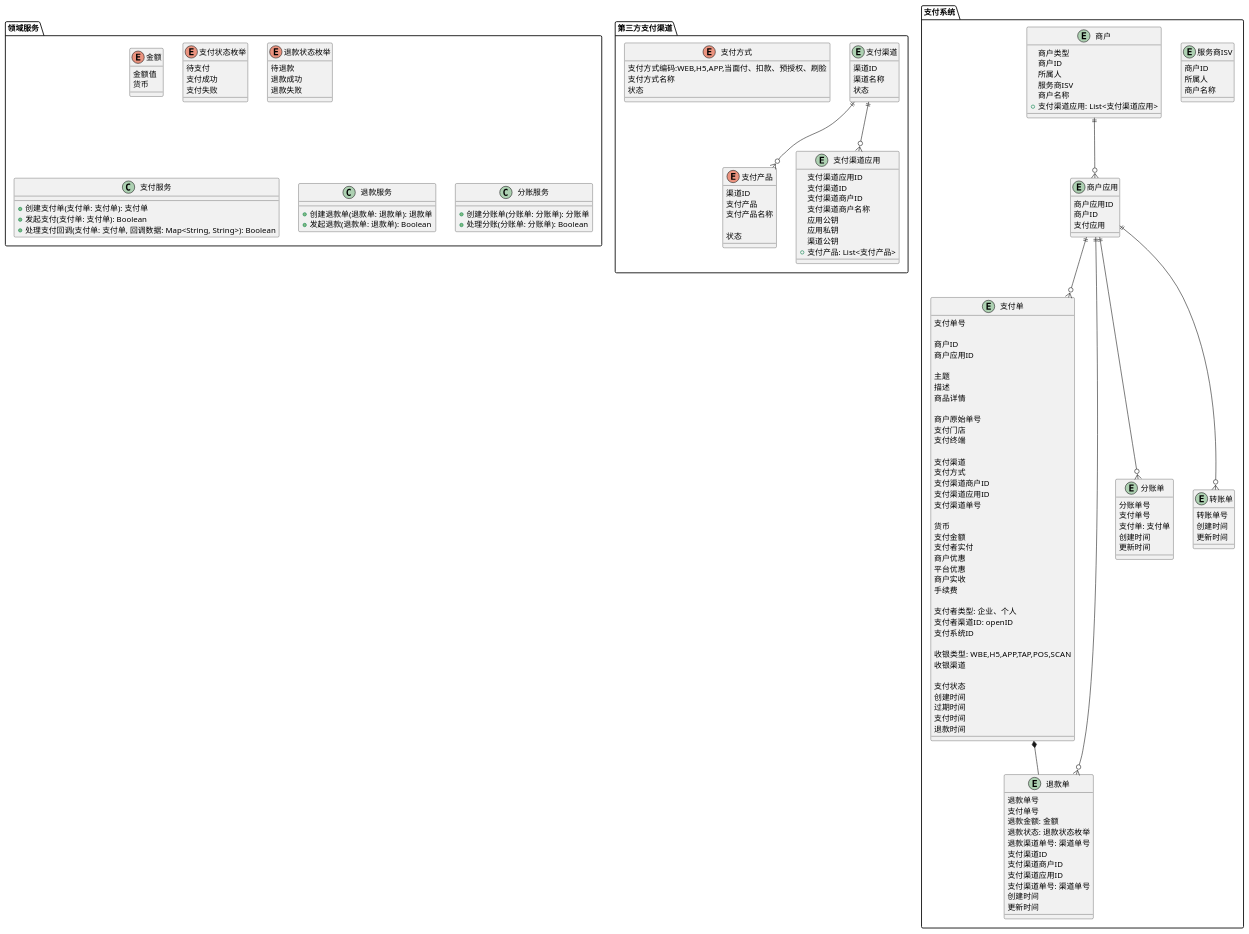
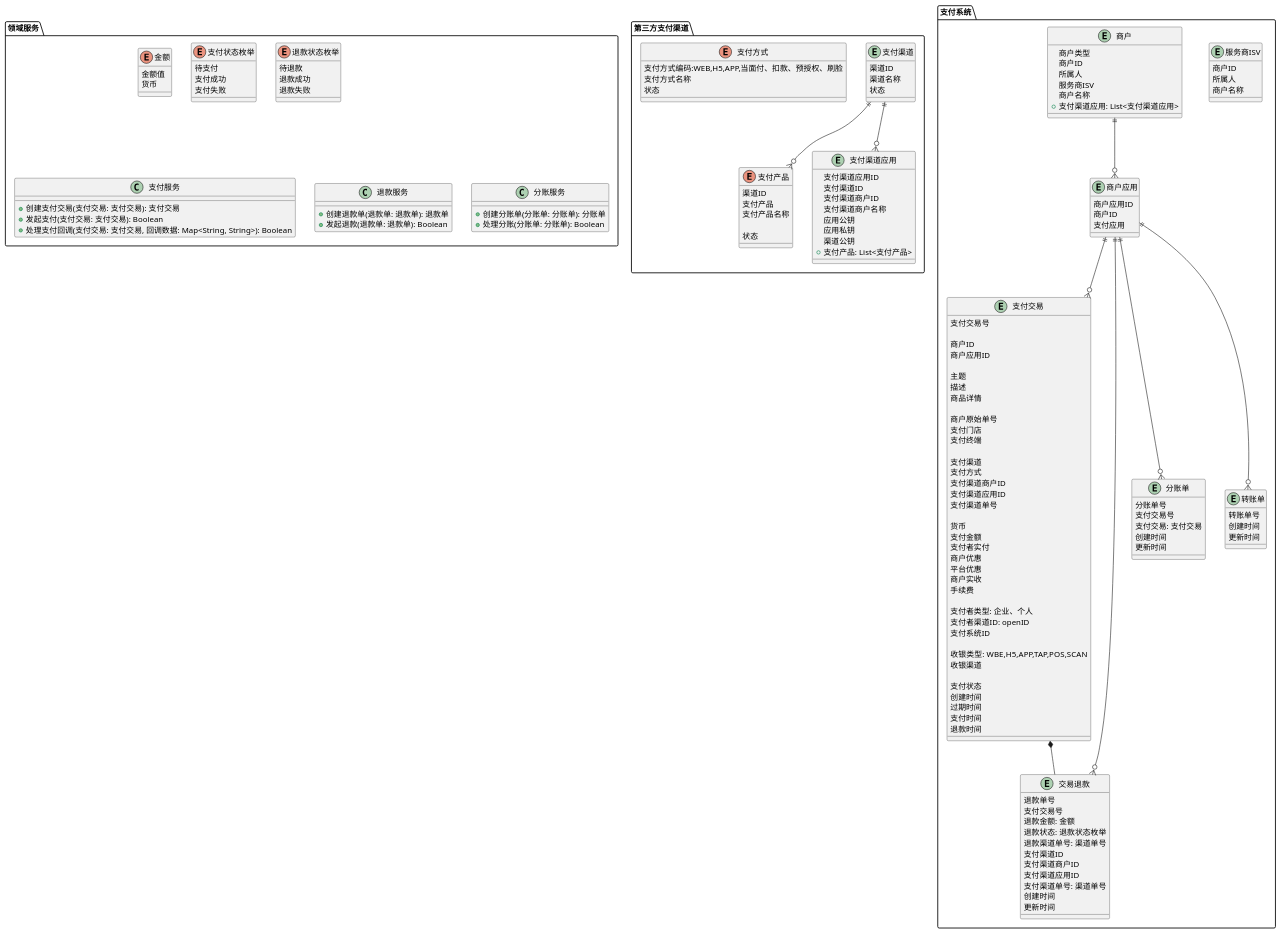
Before and after one commit to red-jasmine/payment: the diagram in 领域模型.puml, drawn with PlantUML. The commit also changed 9 other files, not shown here.

```diff
--- a/领域模型.puml
+++ b/领域模型.puml
@@ -1,190 +1,190 @@
 @startuml
 'https://plantuml.com/class-diagram
 
 package 第三方支付渠道{
 
     entity 支付渠道{
         渠道ID
         渠道名称
         状态
     }
 
     enum 支付产品{
             渠道ID
             支付产品
             支付产品名称
 
             状态
         }
     enum 支付方式{
         支付方式编码:WEB,H5,APP,当面付、扣款、预授权、刷脸
         支付方式名称
         状态
     }
 
     entity 支付渠道应用{
         支付渠道应用ID
         支付渠道ID
         支付渠道商户ID
         支付渠道商户名称
         应用公钥
         应用私钥
         渠道公钥
         +支付产品: List<支付产品>
     }
 
     支付渠道 ||--o{ 支付产品
     支付渠道 ||--o{ 支付渠道应用
 }
 
 package 支付系统{
    entity 服务商ISV{
         商户ID
         所属人
         商户名称
     }
 
     entity 商户{
         商户类型
         商户ID
         所属人
         服务商ISV
         商户名称
         +支付渠道应用: List<支付渠道应用>
     }
 
     entity 商户应用{
         商户应用ID
         商户ID
         支付应用
 
     }
 
-    entity 支付单{
-        支付单号
+    entity 支付交易{
+        支付交易号
 
         '商户
         商户ID
         商户应用ID
 
         主题
         描述
         商品详情
 
         '订单原始
         商户原始单号
         支付门店
         支付终端
 
         '支付渠道
         支付渠道
         支付方式
         支付渠道商户ID
         支付渠道应用ID
         支付渠道单号
 
         ' 金额
         货币
         支付金额
         支付者实付
         商户优惠
         平台优惠
         商户实收
         手续费
 
         ' 支付者
         支付者类型: 企业、个人
         支付者渠道ID: openID
         支付系统ID
 
         ' 支付方式
         收银类型: WBE,H5,APP,TAP,POS,SCAN
         收银渠道
 
         支付状态
         创建时间
         过期时间
         支付时间
         退款时间
 
     }
 
-    entity 退款单{
+    entity 交易退款{
         退款单号
-        支付单号
+        支付交易号
         退款金额: 金额
         退款状态: 退款状态枚举
         退款渠道单号: 渠道单号
         支付渠道ID
         支付渠道商户ID
         支付渠道应用ID
         支付渠道单号: 渠道单号
         创建时间
         更新时间
     }
 
     entity 分账单{
         分账单号
-        支付单号
-        支付单: 支付单
+        支付交易号
+        支付交易: 支付交易
         创建时间
         更新时间
     }
 
     entity 转账单{
         转账单号
         创建时间
         更新时间
     }
 
-    商户应用 ||--o{ 支付单
+    商户应用 ||--o{ 支付交易
     商户应用 ||--o{ 转账单
-    商户应用 ||--o{ 退款单
+    商户应用 ||--o{ 交易退款
     商户应用 ||--o{ 分账单
 
-    支付单 *-- 退款单
+    支付交易 *-- 交易退款
 
     商户 ||--o{ 商户应用
 
 
 
 
 }
 
 package 领域服务{
 
     enum 金额 {
         金额值
         货币
     }
 
 
     enum 支付状态枚举 {
         待支付
         支付成功
         支付失败
     }
 
     enum 退款状态枚举 {
         待退款
         退款成功
         退款失败
     }
 
     class 支付服务 {
-        +创建支付单(支付单: 支付单): 支付单
-        +发起支付(支付单: 支付单): Boolean
-        +处理支付回调(支付单: 支付单, 回调数据: Map<String, String>): Boolean
+        +创建支付交易(支付交易: 支付交易): 支付交易
+        +发起支付(支付交易: 支付交易): Boolean
+        +处理支付回调(支付交易: 支付交易, 回调数据: Map<String, String>): Boolean
     }
 
     class 退款服务 {
         +创建退款单(退款单: 退款单): 退款单
         +发起退款(退款单: 退款单): Boolean
     }
 
     class 分账服务 {
         +创建分账单(分账单: 分账单): 分账单
         +处理分账(分账单: 分账单): Boolean
     }
 }
 @enduml
```
